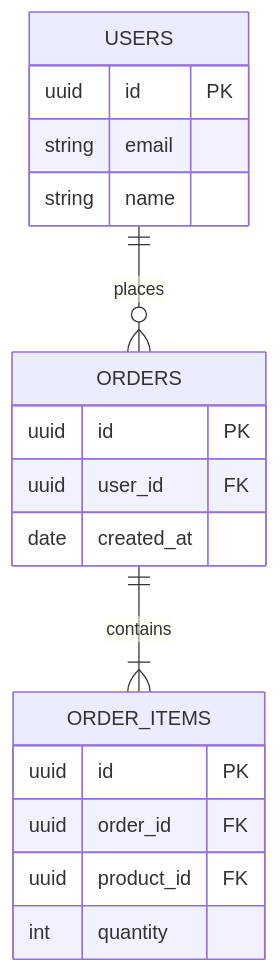
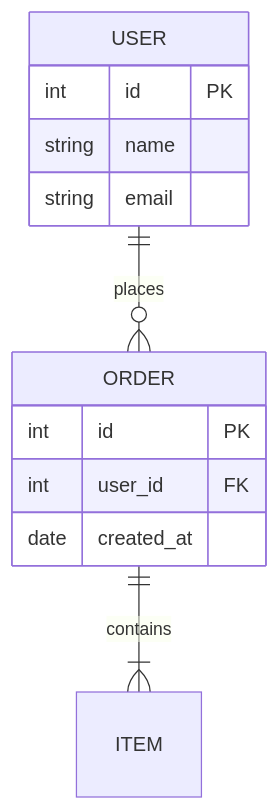
One commit to runkids/claude-skill-registry changed the fourth of 9 diagrams in skills/data/diagram-generator/SKILL.md. Above: the diagram before and after it, drawn with Mermaid. The commit also changed other lines of this file and 17904 other files, not shown here.

````diff
--- a/skills/data/diagram-generator/SKILL.md
+++ b/skills/data/diagram-generator/SKILL.md
@@ -124,21 +70,15 @@
 ```mermaid
 erDiagram
-    USERS ||--o{ ORDERS : places
-    USERS {
-        uuid id PK
+    USER ||--o{ ORDER : places
+    ORDER ||--|{ ITEM : contains
+    USER {
+        int id PK
+        string name
         string email
-        string name
     }
-    ORDERS ||--|{ ORDER_ITEMS : contains
-    ORDERS {
-        uuid id PK
-        uuid user_id FK
+    ORDER {
+        int id PK
+        int user_id FK
         date created_at
     }
-    ORDER_ITEMS {
-        uuid id PK
-        uuid order_id FK
-        uuid product_id FK
-        int quantity
-    }
 ```
````
